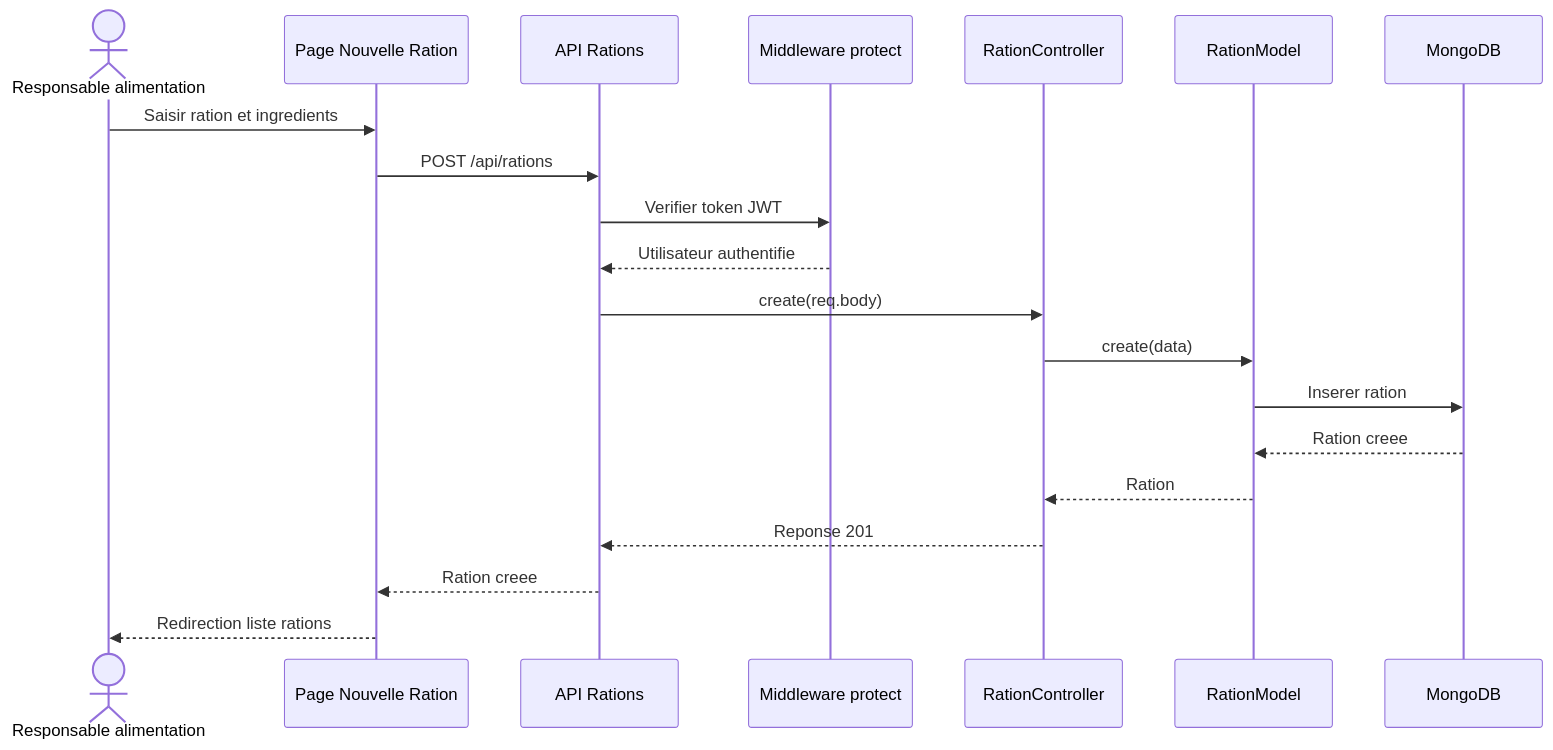
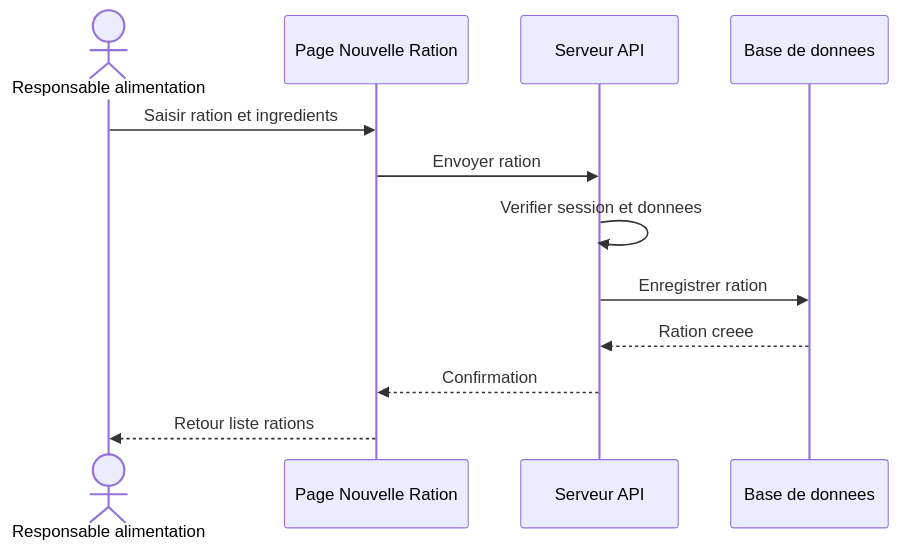
Before and after one commit to Youness-Ailal/bovins_cmc: the diagram in tasks/youness/sequence-create-ration.md, drawn with Mermaid. The commit also changed 14 other files, not shown here.

````diff
--- a/tasks/youness/sequence-create-ration.md
+++ b/tasks/youness/sequence-create-ration.md
@@ -3,23 +3,15 @@
 ```mermaid
 sequenceDiagram
     actor Responsable as Responsable alimentation
-    participant Frontend as Page Nouvelle Ration
-    participant API as API Rations
-    participant Middleware as Middleware protect
-    participant Controller as RationController
-    participant Ration as RationModel
-    participant DB as MongoDB
+    participant Interface as Page Nouvelle Ration
+    participant Serveur as Serveur API
+    participant DB as Base de donnees
 
-    Responsable->>Frontend: Saisir ration et ingredients
-    Frontend->>API: POST /api/rations
-    API->>Middleware: Verifier token JWT
-    Middleware-->>API: Utilisateur authentifie
-    API->>Controller: create(req.body)
-    Controller->>Ration: create(data)
-    Ration->>DB: Inserer ration
-    DB-->>Ration: Ration creee
-    Ration-->>Controller: Ration
-    Controller-->>API: Reponse 201
-    API-->>Frontend: Ration creee
-    Frontend-->>Responsable: Redirection liste rations
+    Responsable->>Interface: Saisir ration et ingredients
+    Interface->>Serveur: Envoyer ration
+    Serveur->>Serveur: Verifier session et donnees
+    Serveur->>DB: Enregistrer ration
+    DB-->>Serveur: Ration creee
+    Serveur-->>Interface: Confirmation
+    Interface-->>Responsable: Retour liste rations
 ```
````
